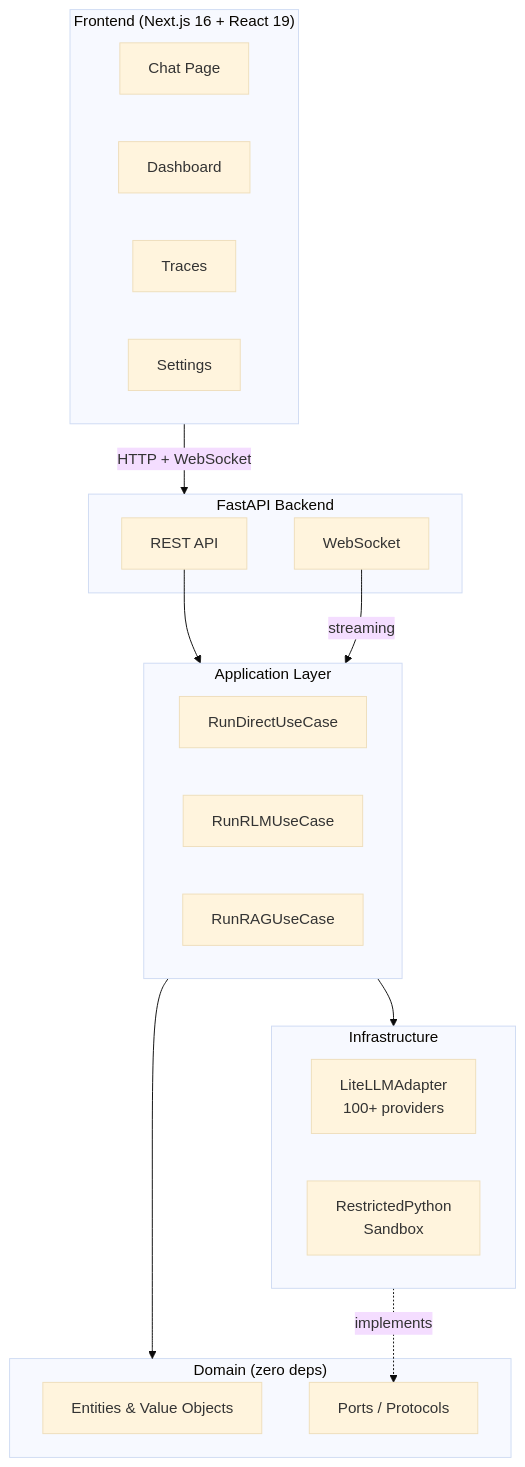
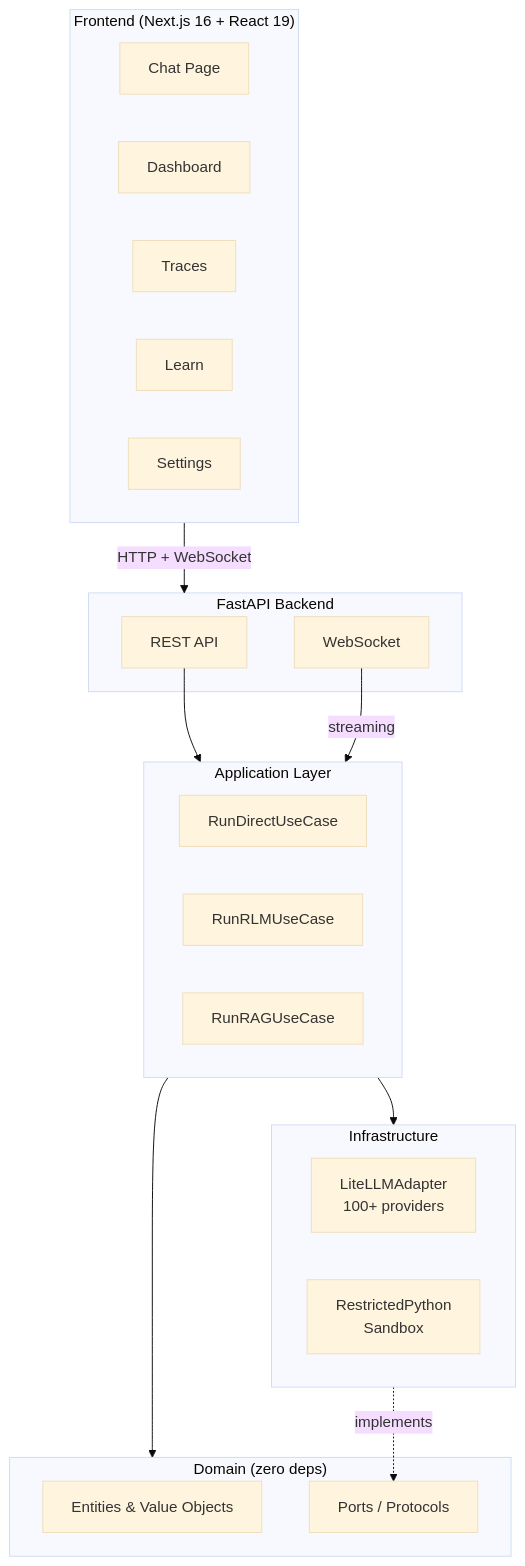
Before and after one commit to gosha70/rlmkit: the diagram in README.md, drawn with Mermaid (base theme). The commit also changed other lines of this file and 3 other files, not shown here.

````diff
--- a/README.md
+++ b/README.md
@@ -167,37 +168,38 @@
 ```mermaid
 graph TB
     subgraph Frontend["Frontend (Next.js 16 + React 19)"]
         Chat[Chat Page]
         Dash[Dashboard]
         Traces[Traces]
+        Learn[Learn]
         Settings[Settings]
     end
 
     subgraph Server["FastAPI Backend"]
         REST[REST API]
         WS[WebSocket]
     end
 
     subgraph App["Application Layer"]
         Direct[RunDirectUseCase]
         RLM[RunRLMUseCase]
         RAG[RunRAGUseCase]
     end
 
     subgraph Infra["Infrastructure"]
         LiteLLM[LiteLLMAdapter<br/>100+ providers]
         Sandbox[RestrictedPython<br/>Sandbox]
     end
 
     subgraph Domain["Domain (zero deps)"]
         Entities[Entities & Value Objects]
         Ports[Ports / Protocols]
     end
 
     Frontend -->|HTTP + WebSocket| Server
     REST --> App
     WS -->|streaming| App
     App --> Infra
     App --> Domain
     Infra -.->|implements| Ports
 ```
````
